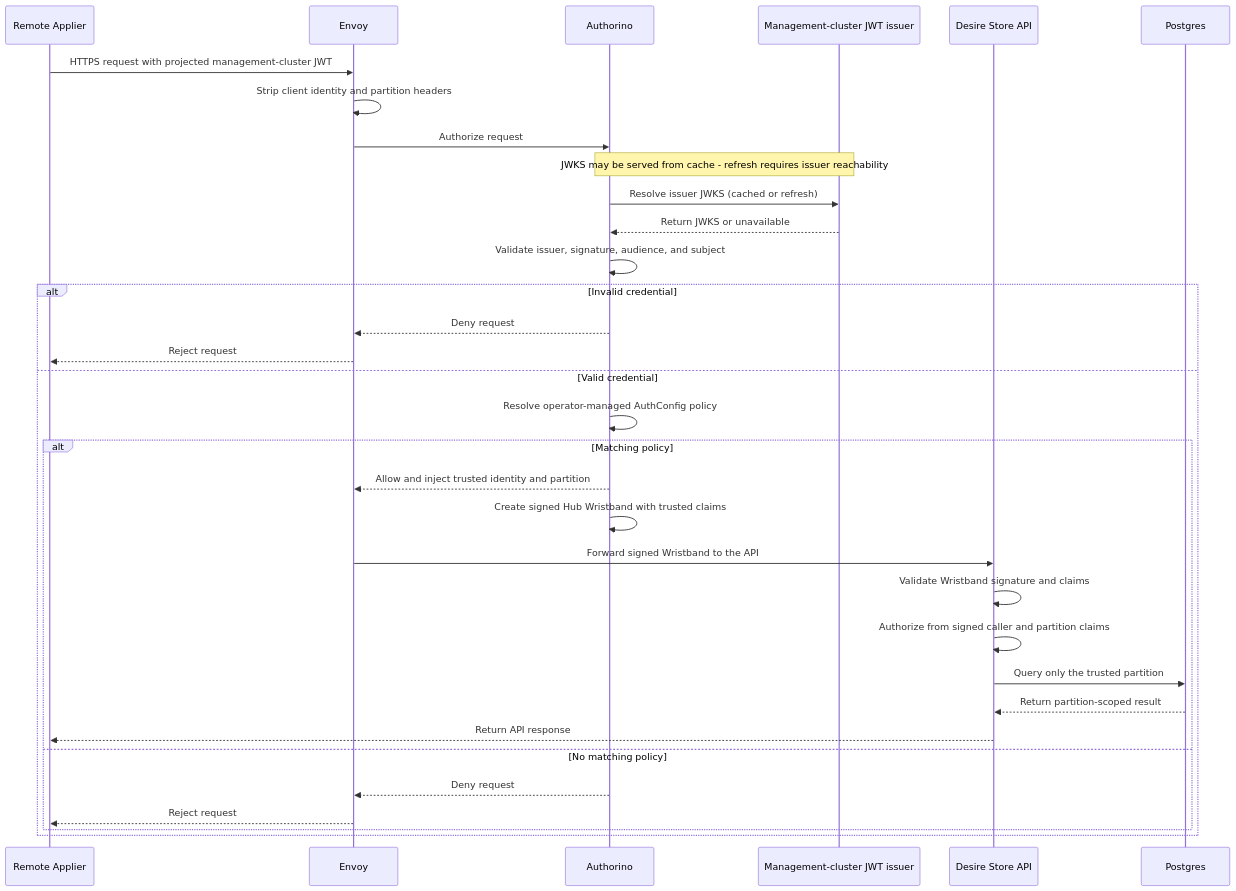
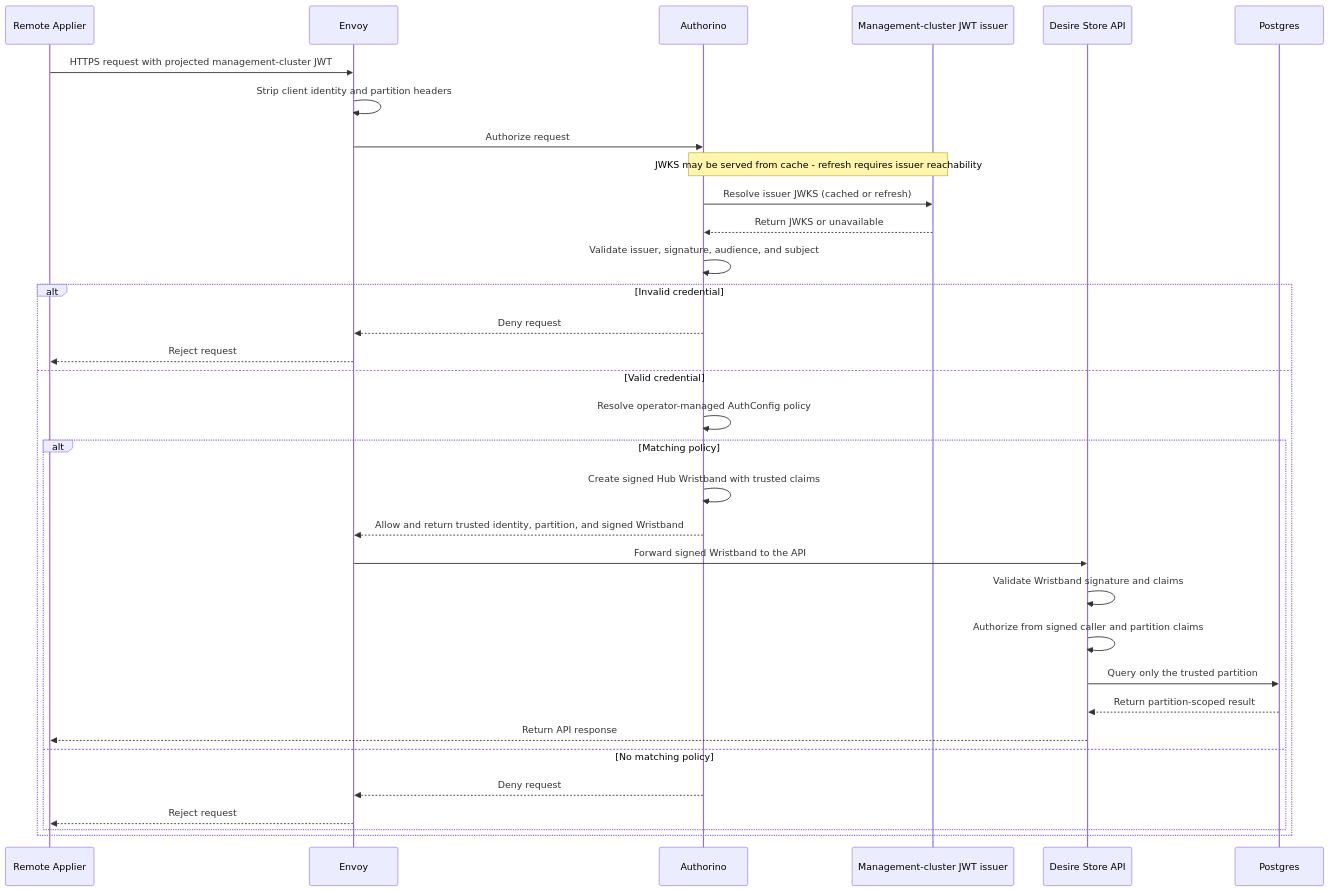
Before and after one commit to Mischulee/architecture: the second of 2 diagrams in hyperfleet/docs/desire-store-hld.md, drawn with Mermaid.

Commit message:
HYPERFLEET-1737 - docs: clarify Wristband request flow

````diff
--- a/hyperfleet/docs/desire-store-hld.md
+++ b/hyperfleet/docs/desire-store-hld.md
@@ -72,36 +72,36 @@
 ```mermaid
 sequenceDiagram
     participant AP as Remote Applier
     participant ENV as Envoy
     participant AUTH as Authorino
     participant MCISS as Management-cluster JWT issuer
     participant API as Desire Store API
     participant PG as Postgres
 
     AP->>ENV: HTTPS request with projected management-cluster JWT
     ENV->>ENV: Strip client identity and partition headers
     ENV->>AUTH: Authorize request
     Note over AUTH, MCISS: JWKS may be served from cache - refresh requires issuer reachability
     AUTH->>MCISS: Resolve issuer JWKS (cached or refresh)
     MCISS-->>AUTH: Return JWKS or unavailable
     AUTH->>AUTH: Validate issuer, signature, audience, and subject
     alt Invalid credential
         AUTH-->>ENV: Deny request
         ENV-->>AP: Reject request
     else Valid credential
         AUTH->>AUTH: Resolve operator-managed AuthConfig policy
         alt Matching policy
-            AUTH-->>ENV: Allow and inject trusted identity and partition
             AUTH->>AUTH: Create signed Hub Wristband with trusted claims
+            AUTH-->>ENV: Allow and return trusted identity, partition, and signed Wristband
             ENV->>API: Forward signed Wristband to the API
             API->>API: Validate Wristband signature and claims
             API->>API: Authorize from signed caller and partition claims
             API->>PG: Query only the trusted partition
             PG-->>API: Return partition-scoped result
             API-->>AP: Return API response
         else No matching policy
             AUTH-->>ENV: Deny request
             ENV-->>AP: Reject request
         end
     end
 ```
````
